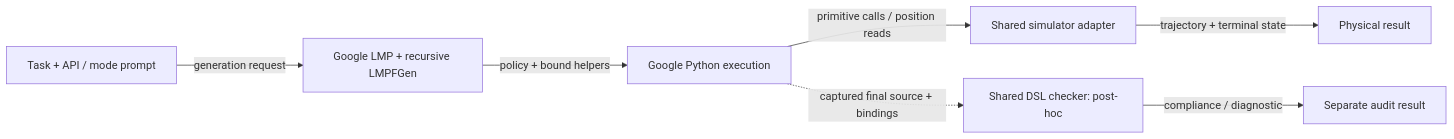
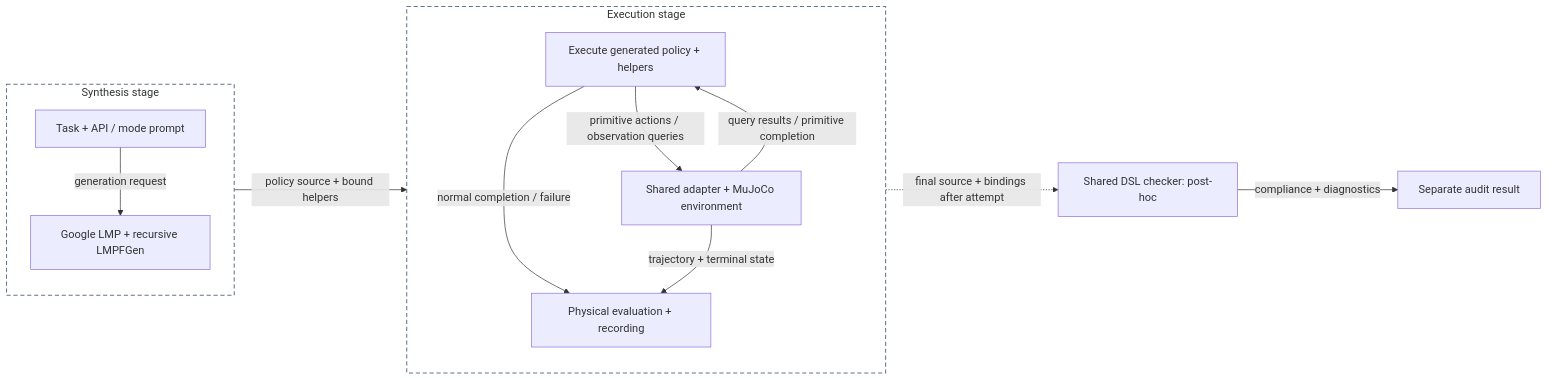
Before and after one commit to RU-Automated-Reasoning-Group/RoboVerify: the first of 3 diagrams in roboverify/synthesis/cap/docs/progress_report_Oct15-19.md, drawn with Mermaid. The commit also changed other lines of this file, not shown here.

Commit message:
docs(cap): show policy environment feedback and stage boundaries

````diff
--- a/roboverify/synthesis/cap/docs/progress_report_Oct15-19.md
+++ b/roboverify/synthesis/cap/docs/progress_report_Oct15-19.md
@@ -74,9 +80,19 @@
 ```mermaid
 flowchart LR
-    I["Task + API / mode prompt"] -->|"generation request"| G["Google LMP + recursive LMPFGen"]
-    G -->|"policy + bound helpers"| E["Google Python execution"]
-    E -->|"primitive calls / position reads"| S["Shared simulator adapter"]
-    S -->|"trajectory + terminal state"| R["Physical result"]
-    E -.->|"captured final source + bindings"| C["Shared DSL checker: post-hoc"]
-    C -->|"compliance / diagnostic"| A["Separate audit result"]
+    subgraph SYN["Synthesis stage"]
+        direction TB
+        I["Task + API / mode prompt"] -->|"generation request"| G["Google LMP + recursive LMPFGen"]
+    end
+    subgraph RUN["Execution stage"]
+        direction TB
+        E["Execute generated policy + helpers"] -->|"primitive actions / observation queries"| ENV["Shared adapter + MuJoCo environment"]
+        ENV -->|"query results / primitive completion"| E
+        E -->|"normal completion / failure"| R["Physical evaluation + recording"]
+        ENV -->|"trajectory + terminal state"| R
+    end
+    G -->|"policy source + bound helpers"| E
+    E -.->|"final source + bindings after attempt"| C["Shared DSL checker: post-hoc"]
+    C -->|"compliance + diagnostics"| A["Separate audit result"]
+    style SYN fill:none,stroke:#64748b,stroke-width:1.5px,stroke-dasharray:6 4
+    style RUN fill:none,stroke:#64748b,stroke-width:1.5px,stroke-dasharray:6 4
 ```
````
